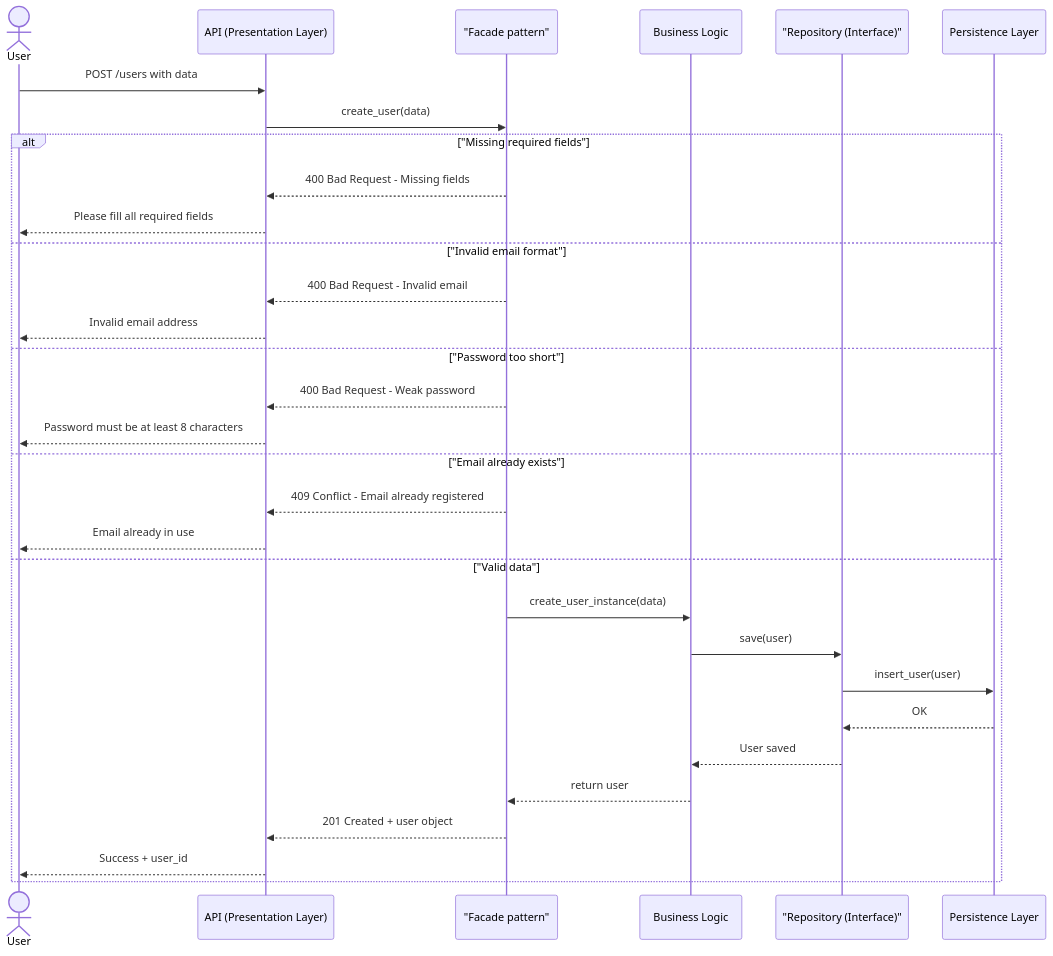
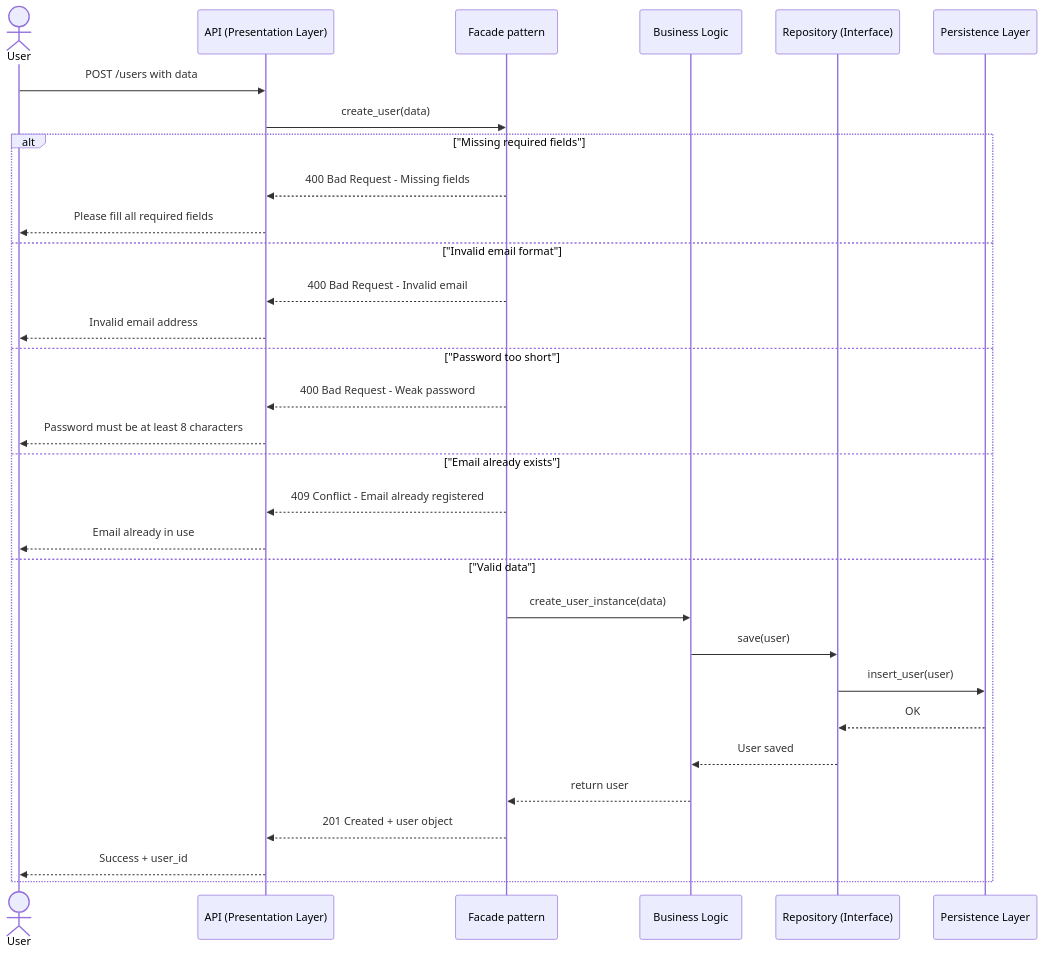
The first of 3 diagrams in Part1/README.md (Ravou/holbertonschool-hbnb), drawn with Mermaid before and after one commit.

Commit message:
fix participant name

````diff
--- a/Part1/README.md
+++ b/Part1/README.md
@@ -98,41 +98,41 @@
 ```mermaid
 sequenceDiagram
     %% Layers:
     %% Presentation: User, API
     %% Business Logic: Facade, BusinessLogic, Repository
     %% Persistence: Persistence
 
     actor User
     participant API as API (Presentation Layer)
-    participant Facade as "Facade pattern"
+    participant Facade as Facade pattern
     participant BusinessLogic as Business Logic
-    participant Repository as "Repository (Interface)"
+    participant Repository as Repository (Interface)
     participant Persistence as Persistence Layer
 
     User ->> API: POST /users with data
     API ->> Facade: create_user(data)
 
     alt "Missing required fields"
         Facade -->> API: 400 Bad Request - Missing fields
         API -->> User: Please fill all required fields
     else "Invalid email format"
         Facade -->> API: 400 Bad Request - Invalid email
         API -->> User: Invalid email address
     else "Password too short"
         Facade -->> API: 400 Bad Request - Weak password
         API -->> User: Password must be at least 8 characters
     else "Email already exists"
         Facade -->> API: 409 Conflict - Email already registered
         API -->> User: Email already in use
     else "Valid data"
         Facade ->> BusinessLogic: create_user_instance(data)
         BusinessLogic ->> Repository: save(user)
         Repository ->> Persistence: insert_user(user)
         Persistence -->> Repository: OK
         Repository -->> BusinessLogic: User saved
         BusinessLogic -->> Facade: return user
         Facade -->> API: 201 Created + user object
         API -->> User: Success + user_id
     end
 
 ```
````
